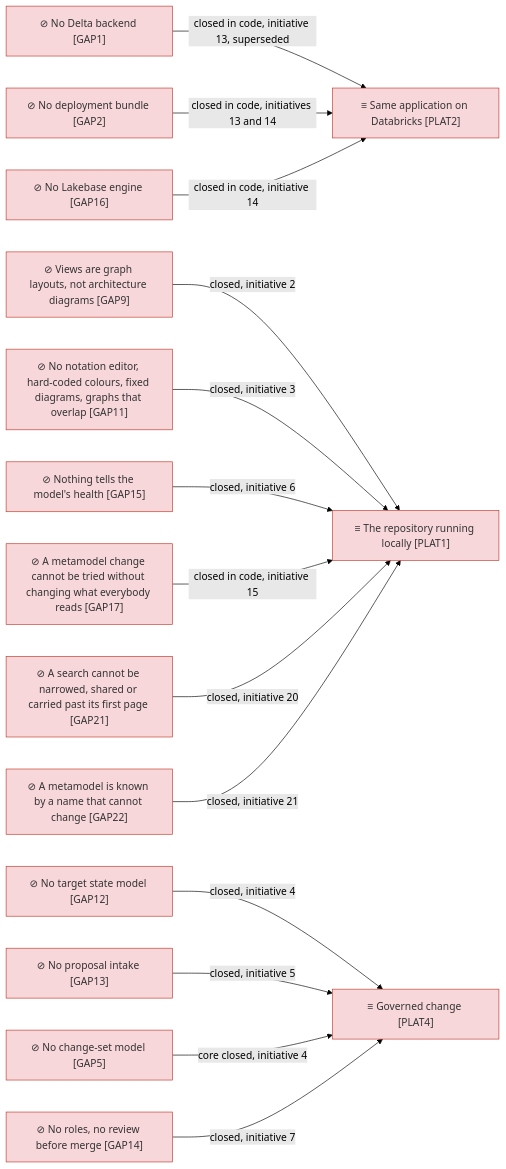
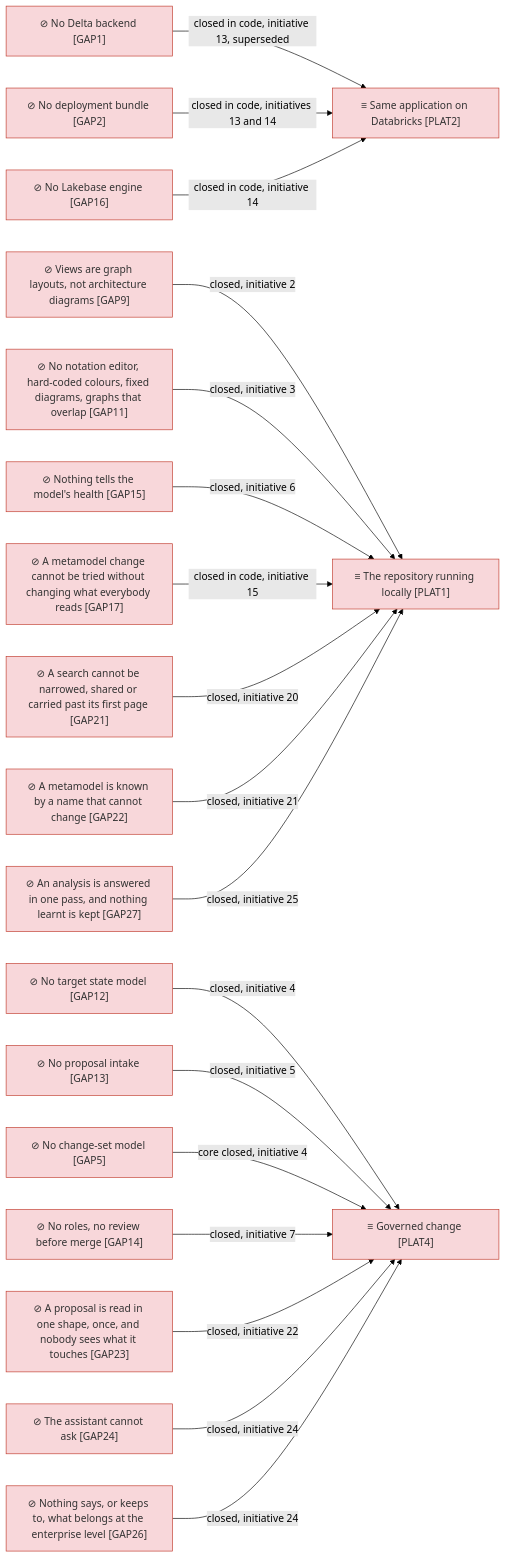
The fourth of 4 diagrams in architecture/6_transition/1_target-state.md (roanboc/dbx-enterprise-architecture), drawn with Mermaid (forest theme) before and after one commit. The commit also changed other lines of this file and 14 other files, not shown here.

First line of the commit message:
docs(architecture): initiative 25 built — the application and technology layers aligned, GAP27 closed

````diff
--- a/architecture/6_transition/1_target-state.md
+++ b/architecture/6_transition/1_target-state.md
@@ -148,34 +148,42 @@
 ```mermaid
 flowchart LR
   p1["≡ The repository running locally [PLAT1]"]:::implementation
   p2["≡ Same application on Databricks [PLAT2]"]:::implementation
   p4["≡ Governed change [PLAT4]"]:::implementation
   g1["⊘ No Delta backend [GAP1]"]:::implementation
   g2["⊘ No deployment bundle [GAP2]"]:::implementation
   g16["⊘ No Lakebase engine [GAP16]"]:::implementation
   g9["⊘ Views are graph layouts, not architecture diagrams [GAP9]"]:::implementation
   g11["⊘ No notation editor, hard-coded colours, fixed diagrams, graphs that overlap [GAP11]"]:::implementation
   g5["⊘ No change-set model [GAP5]"]:::implementation
   g12["⊘ No target state model [GAP12]"]:::implementation
   g13["⊘ No proposal intake [GAP13]"]:::implementation
   g14["⊘ No roles, no review before merge [GAP14]"]:::implementation
   g15["⊘ Nothing tells the model's health [GAP15]"]:::implementation
   g17["⊘ A metamodel change cannot be tried without changing what everybody reads [GAP17]"]:::implementation
   g21["⊘ A search cannot be narrowed, shared or carried past its first page [GAP21]"]:::implementation
   g22["⊘ A metamodel is known by a name that cannot change [GAP22]"]:::implementation
+  g23["⊘ A proposal is read in one shape, once, and nobody sees what it touches [GAP23]"]:::implementation
+  g24["⊘ The assistant cannot ask [GAP24]"]:::implementation
+  g26["⊘ Nothing says, or keeps to, what belongs at the enterprise level [GAP26]"]:::implementation
+  g27["⊘ An analysis is answered in one pass, and nothing learnt is kept [GAP27]"]:::implementation
   g9 -->|closed, initiative 2| p1
   g11 -->|closed, initiative 3| p1
   g12 -->|closed, initiative 4| p4
   g13 -->|closed, initiative 5| p4
   g5 -->|core closed, initiative 4| p4
   g14 -->|closed, initiative 7| p4
   g15 -->|closed, initiative 6| p1
   g1 -->|closed in code, initiative 13, superseded| p2
   g2 -->|closed in code, initiatives 13 and 14| p2
   g16 -->|closed in code, initiative 14| p2
   g17 -->|closed in code, initiative 15| p1
   g21 -->|closed, initiative 20| p1
   g22 -->|closed, initiative 21| p1
+  g23 -->|closed, initiative 22| p4
+  g24 -->|closed, initiative 24| p4
+  g26 -->|closed, initiative 24| p4
+  g27 -->|closed, initiative 25| p1
 
   classDef implementation fill:#f8d7da,stroke:#c0392b,color:#333
 ```
````
